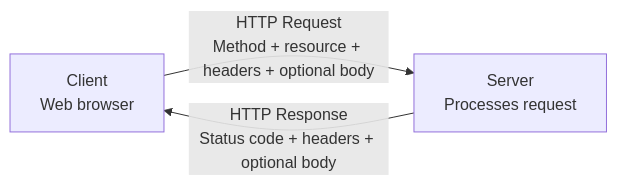
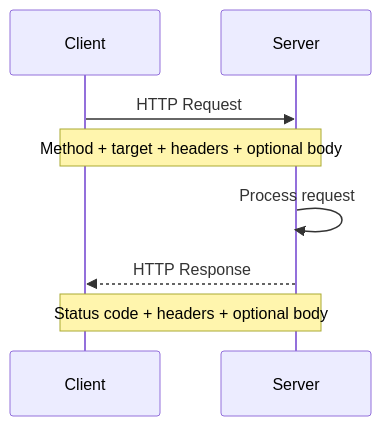
The diagram in docs/en/web_fundamentals/http/1_level/1_level_http.md (Rokiis1/Teaching-Materia), drawn with Mermaid before and after one commit. The commit also changed other lines of this file and 20 other files, not shown here.

````diff
--- a/docs/en/web_fundamentals/http/1_level/1_level_http.md
+++ b/docs/en/web_fundamentals/http/1_level/1_level_http.md
@@ -26,5 +20,11 @@
 ```mermaid
-flowchart LR
-    C["Client<br/>Web browser"] -->|"HTTP Request<br/>Method + resource + headers + optional body"| S["Server<br/>Processes request"]
-    S -->|"HTTP Response<br/>Status code + headers + optional body"| C
+sequenceDiagram
+    participant C as Client
+    participant S as Server
+
+    C->>S: HTTP Request
+    Note over C,S: Method + target + headers + optional body
+    S->>S: Process request
+    S-->>C: HTTP Response
+    Note over C,S: Status code + headers + optional body
 ```
````
